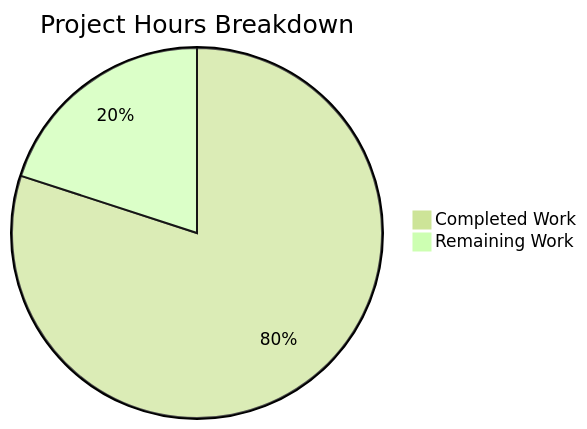
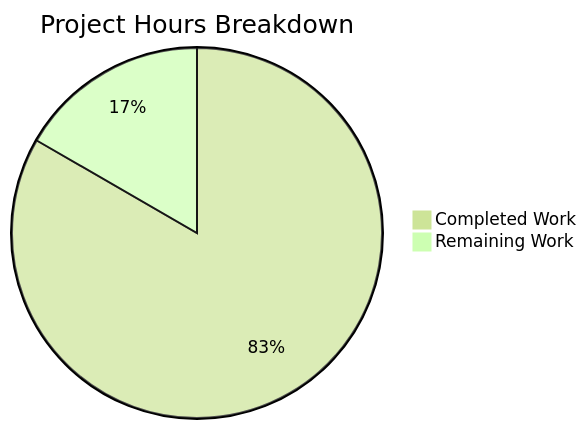
The diagram in blitzy/documentation/Project Guide.md (Sandeep01Kumar/Repo-for-qa-refine-test-12-feb), drawn with Mermaid (forest theme) before and after one commit. The commit also changed other lines of this file, not shown here.

````diff
--- a/blitzy/documentation/Project Guide.md
+++ b/blitzy/documentation/Project Guide.md
@@ -67,5 +116,5 @@
 ```mermaid
 pie title Project Hours Breakdown
-    "Completed Work" : 4
+    "Completed Work" : 5
     "Remaining Work" : 1
 ```
````
